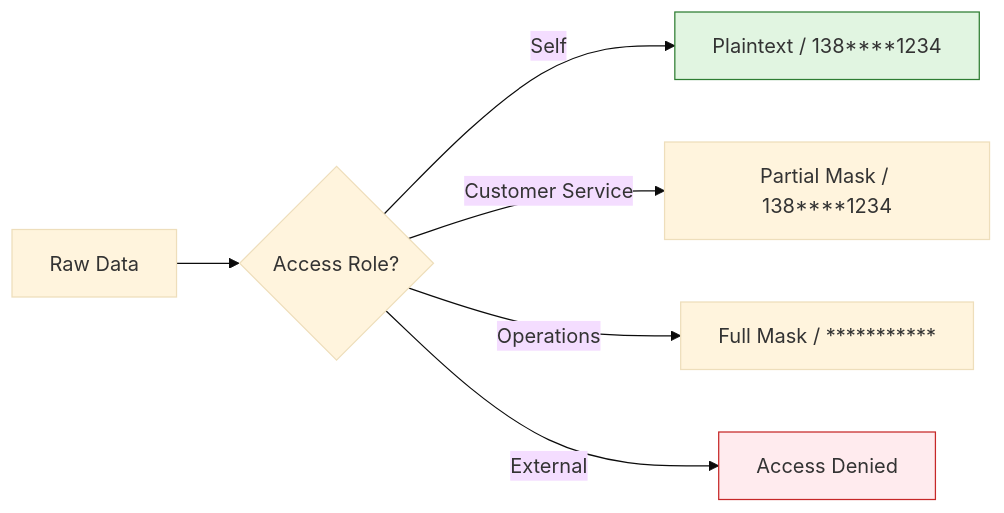
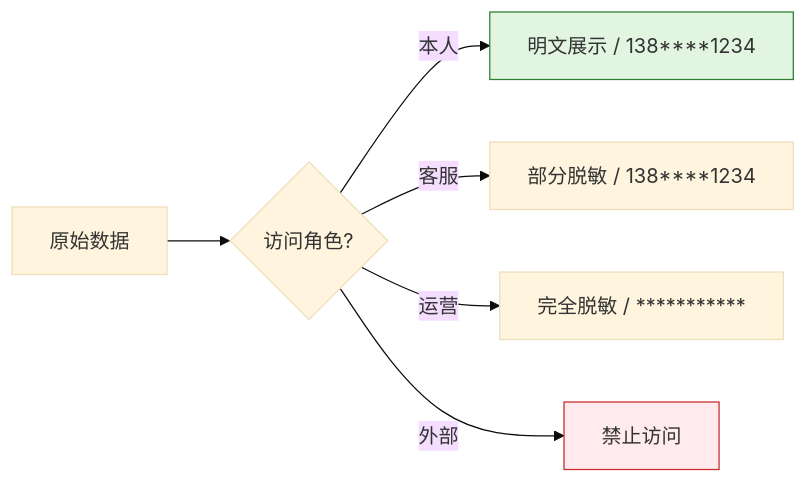
Diagram 11 of 11 in templates/Product/Technology/Template-DB-Design.md (Kirky-X/cangjie), drawn with Mermaid (base theme) before and after one commit. The commit also changed other lines of this file and 33 other files, not shown here.

````diff
--- a/templates/Product/Technology/Template-DB-Design.md
+++ b/templates/Product/Technology/Template-DB-Design.md
@@ -662,11 +662,11 @@
 ```mermaid
 flowchart LR
-    A[Raw Data] --> B{Access Role?}
-    B -->|Self| C[Plaintext / 138****1234]
-    B -->|Customer Service| D[Partial Mask / 138****1234]
-    B -->|Operations| E[Full Mask / ***********]
-    B -->|External| F[Access Denied]
+    A[原始数据] --> B{访问角色?}
+    B -->|本人| C[明文展示 / 138****1234]
+    B -->|客服| D[部分脱敏 / 138****1234]
+    B -->|运营| E[完全脱敏 / ***********]
+    B -->|外部| F[禁止访问]
 
     style C fill:#e1f5e1,stroke:#2e7d32
     style F fill:#ffebee,stroke:#c62828
 ```
````
